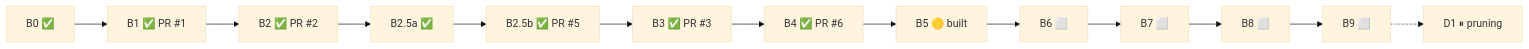
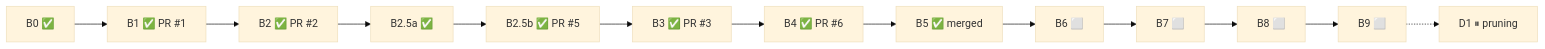
One commit to bhanot-99/NeuroPACA changed the diagram in memory.md. Above: the diagram before and after it, drawn with Mermaid (base theme). The commit also changed other lines of this file and 7 other files, not shown here.

````diff
--- a/memory.md
+++ b/memory.md
@@ -15,5 +15,5 @@
 ```mermaid
 flowchart LR
-    B0["B0 ✅"] --> B1["B1 ✅ PR #1"] --> B2["B2 ✅ PR #2"] --> B25a["B2.5a ✅"] --> B25b["B2.5b ✅ PR #5"] --> B3["B3 ✅ PR #3"] --> B4["B4 ✅ PR #6"] --> B5["B5 🟡 built"] --> B6["B6 ⬜"] --> B7["B7 ⬜"] --> B8["B8 ⬜"] --> B9["B9 ⬜"]
+    B0["B0 ✅"] --> B1["B1 ✅ PR #1"] --> B2["B2 ✅ PR #2"] --> B25a["B2.5a ✅"] --> B25b["B2.5b ✅ PR #5"] --> B3["B3 ✅ PR #3"] --> B4["B4 ✅ PR #6"] --> B5["B5 ✅ merged"] --> B6["B6 ⬜"] --> B7["B7 ⬜"] --> B8["B8 ⬜"] --> B9["B9 ⬜"]
     B9 -.-> D1["D1 ⏸ pruning"]
 ```
````
